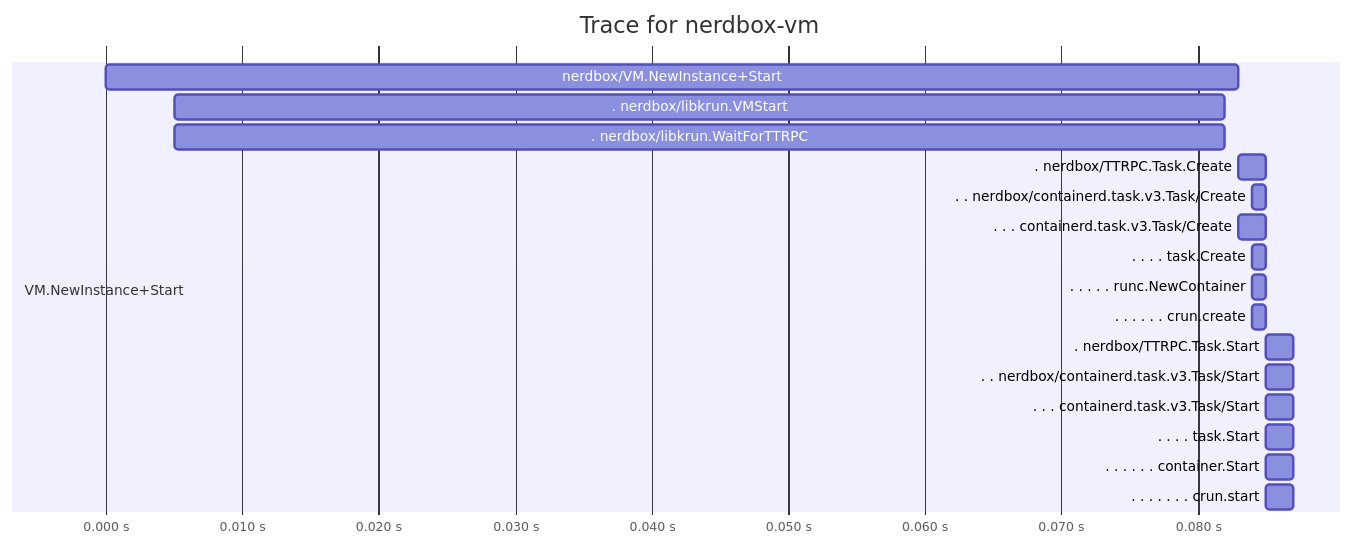
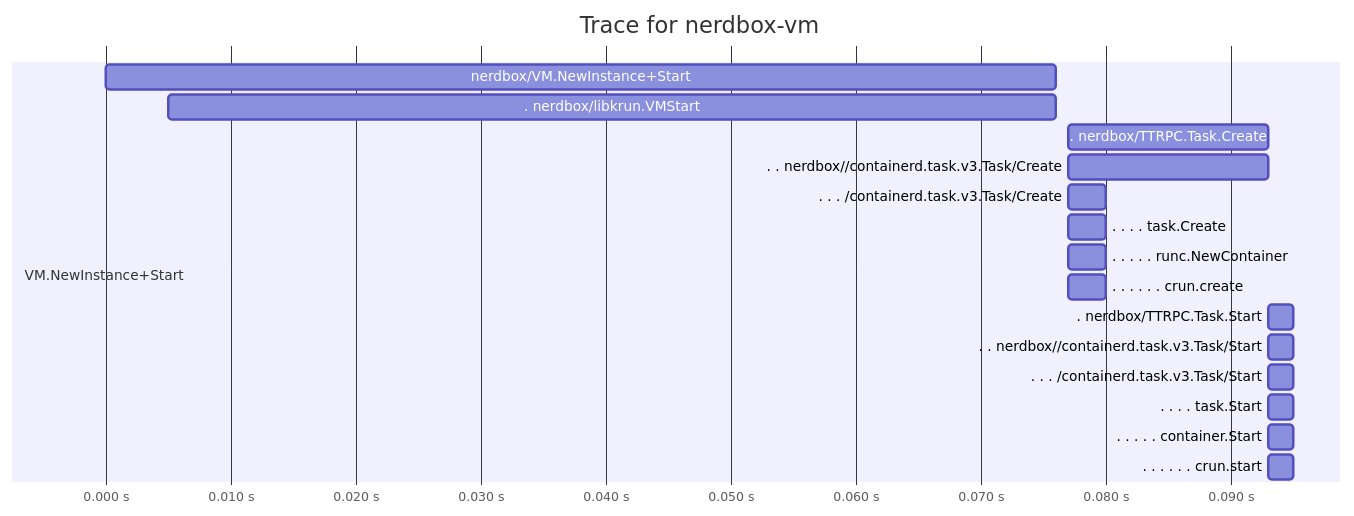
Before and after one commit to containerd/nerdbox: the diagram in docs/tracing.md, drawn with Mermaid. The commit also changed other lines of this file and 1 other file, not shown here.

Commit message:
tracing: remove dead code, update docs

````diff
--- a/docs/tracing.md
+++ b/docs/tracing.md
@@ -24,23 +25,22 @@
 ```mermaid
 gantt
     dateFormat x
     axisFormat %s.%L s
     title Trace for nerdbox-vm
 
     section VM.NewInstance+Start
-    nerdbox/VM.NewInstance+Start :VM_NewInstance+Start_9f6fda, 0, 83
-    . nerdbox/libkrun.VMStart :libkrun_VMStart_90885a, 5, 82
-    . nerdbox/libkrun.WaitForTTRPC :libkrun_WaitForTTRPC_10af7c, 5, 82
-    . nerdbox/TTRPC.Task.Create :TTRPC_Task_Create_5e832c, 83, 85
-    . . nerdbox/containerd.task.v3.Task/Create :containerd_task_v3_Task_Create_3a4175, 84, 85
-    . . . containerd.task.v3.Task/Create :containerd_task_v3_Task_Create_61f5b3, 83, 85
-    . . . . task.Create :task_Create_a0b789, 84, 85
-    . . . . . runc.NewContainer :runc_NewContainer_f4a190, 84, 85
-    . . . . . . crun.create :crun_create_beaf4f, 84, 85
-    . nerdbox/TTRPC.Task.Start :TTRPC_Task_Start_c8de57, 85, 87
-    . . nerdbox/containerd.task.v3.Task/Start :containerd_task_v3_Task_Start_f0139b, 85, 87
-    . . . containerd.task.v3.Task/Start :containerd_task_v3_Task_Start_1d5297, 85, 87
-    . . . . task.Start :task_Start_84961b, 85, 87
-    . . . . . . container.Start :container_Start_5372d6, 85, 87
-    . . . . . . . crun.start :crun_start_ce160c, 85, 87
+    nerdbox/VM.NewInstance+Start :VM_NewInstance+Start_6f2822, 0, 76
+    . nerdbox/libkrun.VMStart :libkrun_VMStart_ae5193, 5, 76
+    . nerdbox/TTRPC.Task.Create :TTRPC_Task_Create_902d0f, 77, 93
+    . . nerdbox//containerd.task.v3.Task/Create :_containerd_task_v3_Task_Create_16dfce, 77, 93
+    . . . /containerd.task.v3.Task/Create :_containerd_task_v3_Task_Create_71056a, 77, 80
+    . . . . task.Create :task_Create_451e10, 77, 80
+    . . . . . runc.NewContainer :runc_NewContainer_52991d, 77, 80
+    . . . . . . crun.create :crun_create_d919ef, 77, 80
+    . nerdbox/TTRPC.Task.Start :TTRPC_Task_Start_9e039e, 93, 95
+    . . nerdbox//containerd.task.v3.Task/Start :_containerd_task_v3_Task_Start_b248bf, 93, 95
+    . . . /containerd.task.v3.Task/Start :_containerd_task_v3_Task_Start_55073e, 93, 95
+    . . . . task.Start :task_Start_f96cf6, 93, 95
+    . . . . . container.Start :container_Start_f896e9, 93, 95
+    . . . . . . crun.start :crun_start_9680f1, 93, 95
 ```
````
